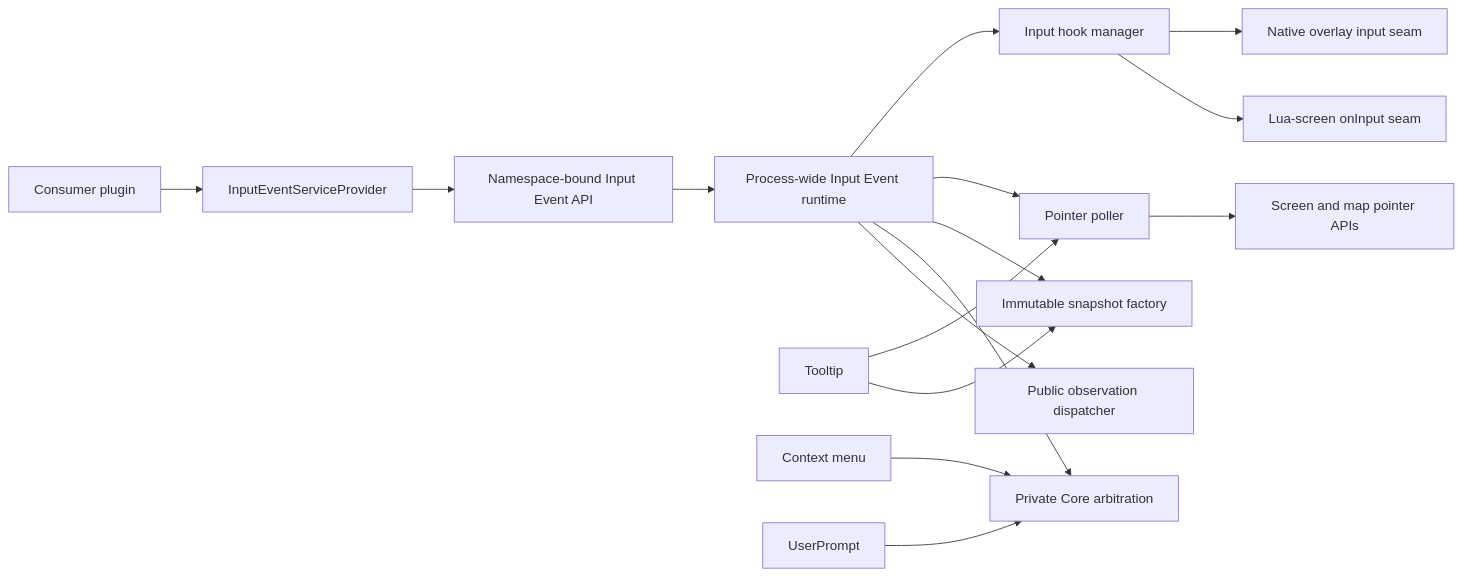
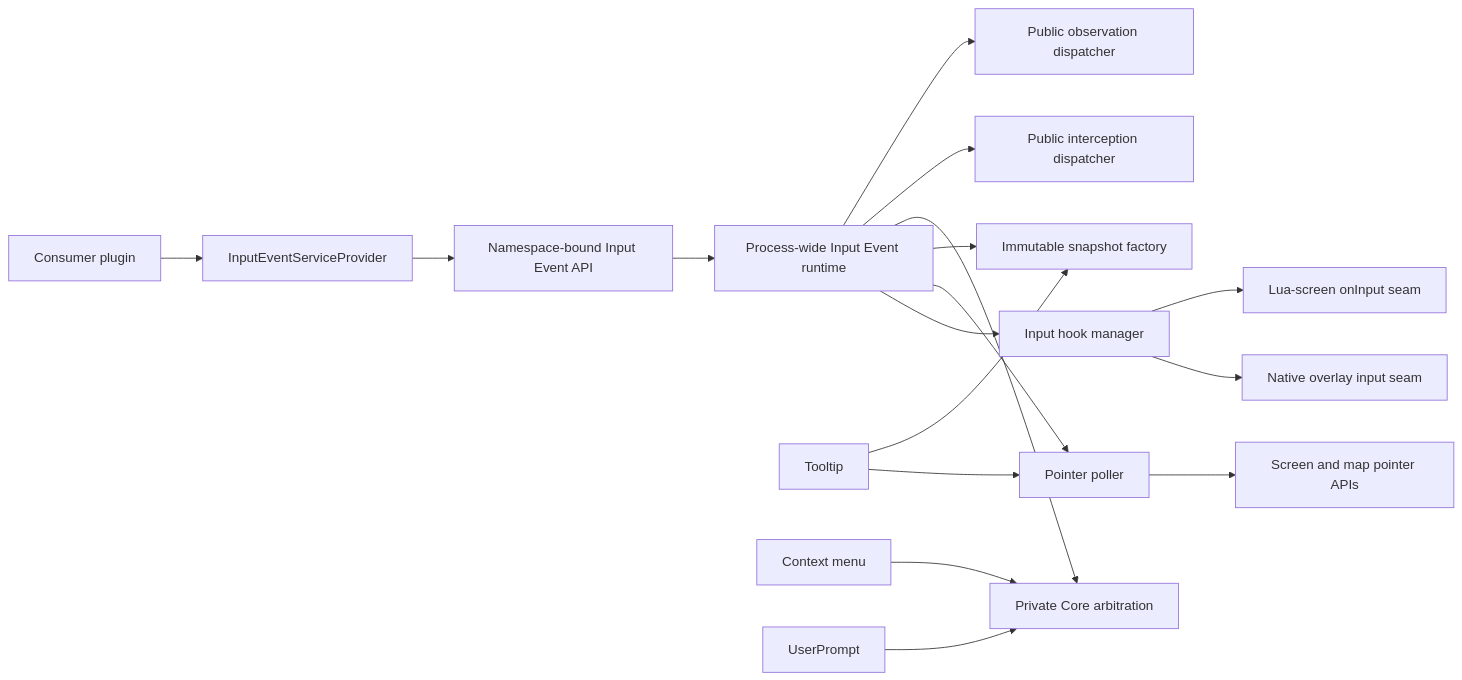
One commit to dsisco11/DwarfUICore changed the diagram in Docs/input-event-service-proposal.md. Above: the diagram before and after it, drawn with Mermaid. The commit also changed other lines of this file, not shown here.

````diff
--- a/Docs/input-event-service-proposal.md
+++ b/Docs/input-event-service-proposal.md
@@ -317,21 +367,22 @@
 ```mermaid
 flowchart LR
     Consumer[Consumer plugin] --> Provider[InputEventServiceProvider]
     Provider --> API[Namespace-bound Input Event API]
     API --> Runtime[Process-wide Input Event runtime]
 
     Runtime --> Hook[Input hook manager]
     Runtime --> Poller[Pointer poller]
     Runtime --> Sampler[Immutable snapshot factory]
     Runtime --> Arbitration[Private Core arbitration]
+    Runtime --> Interception[Public interception dispatcher]
     Runtime --> Observation[Public observation dispatcher]
 
     Tooltip[Tooltip] --> Poller
     Tooltip --> Sampler
     Menu[Context menu] --> Arbitration
     Prompt[UserPrompt] --> Arbitration
 
     Hook --> NativeInput[Native overlay input seam]
     Hook --> ScreenInput[Lua-screen onInput seam]
     Poller --> PointerAPI[Screen and map pointer APIs]
 ```
````
